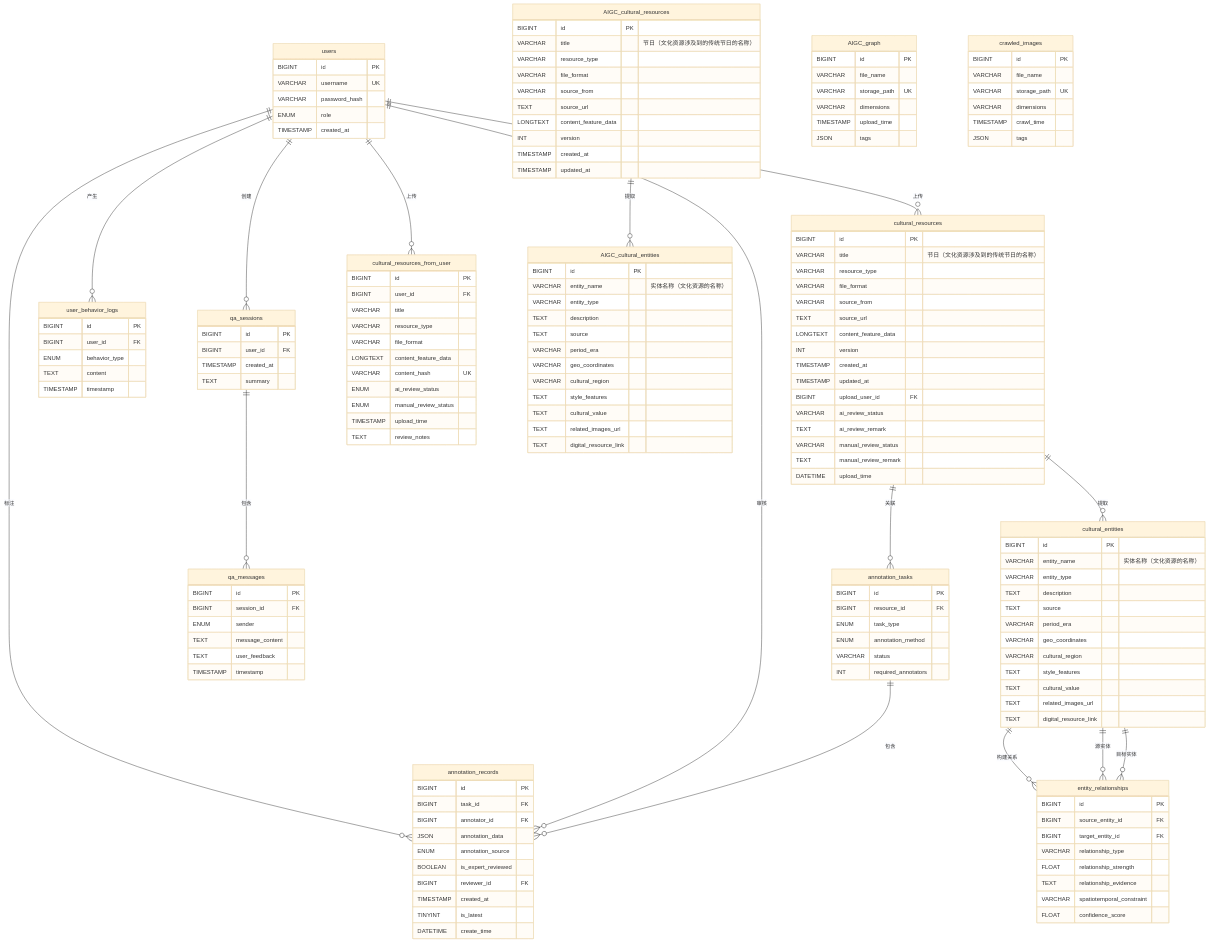
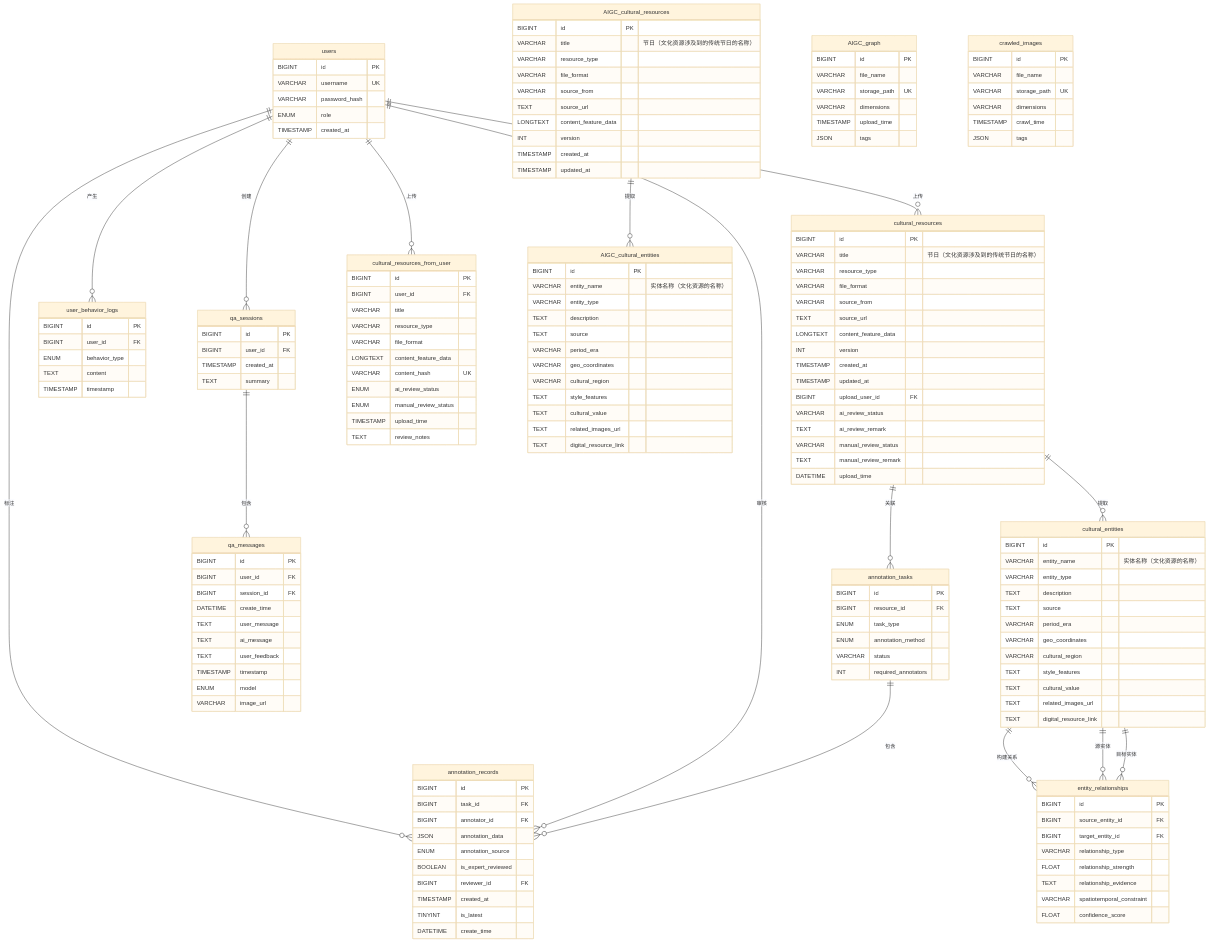
The diagram in database_files/erdiagram.md (satandinline/Java-project), drawn with Mermaid (base theme) before and after one commit. The commit also changed other lines of this file and 194 other files, not shown here.

```diff
--- a/database_files/erdiagram.md
+++ b/database_files/erdiagram.md
@@ -79,11 +79,15 @@
     
     qa_messages {
         BIGINT id PK
+        BIGINT user_id FK
         BIGINT session_id FK
-        ENUM sender
-        TEXT message_content
+        DATETIME create_time
+        TEXT user_message
+        TEXT ai_message
         TEXT user_feedback
         TIMESTAMP timestamp
+        ENUM model
+        VARCHAR image_url
     }
     
     %% 标注相关表
```
